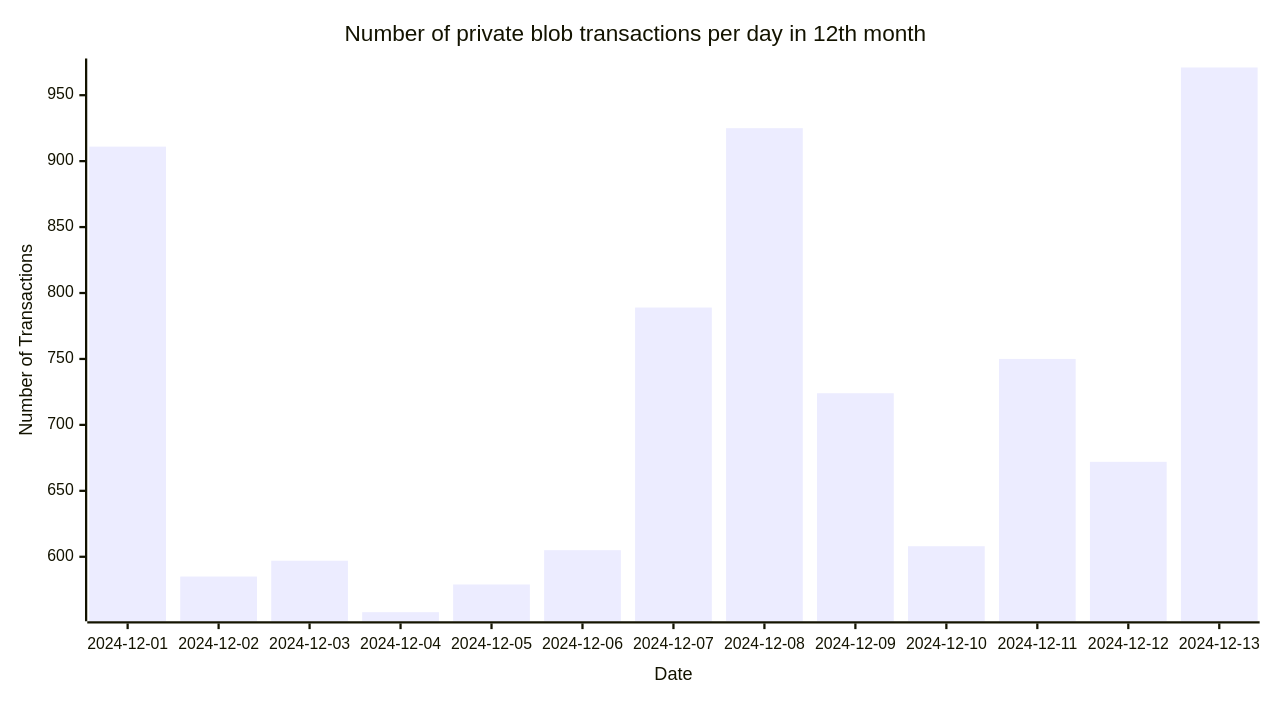
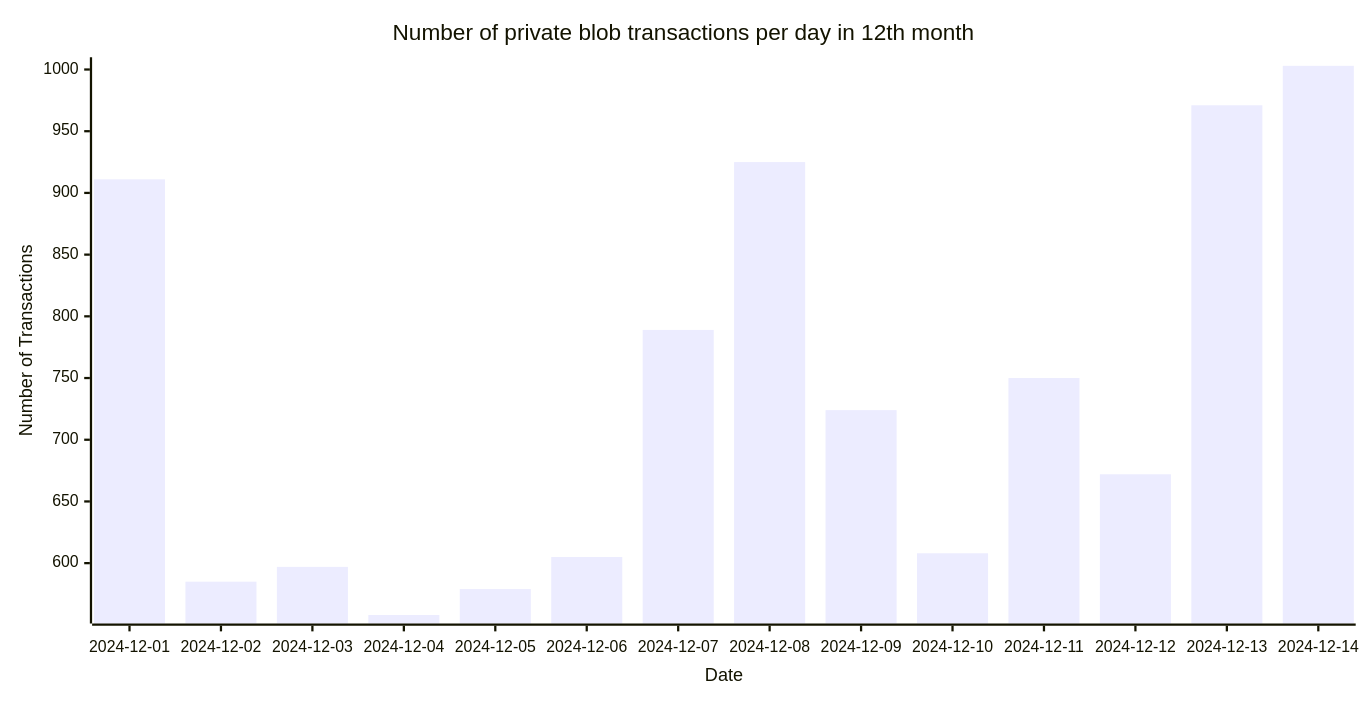
The diagram in README.md (Amit0617/eip4844-data), drawn with Mermaid before and after one commit. The commit also changed 1 other file, not shown here.

````diff
--- a/README.md
+++ b/README.md
@@ -1,12 +1,12 @@
 ```mermaid
 ---
 config:
     xyChart:
-        width: 1105
+        width: 1190
         height: 600
 ---
 xychart-beta title "Number of private blob transactions per day in 12th month"
-x-axis "Date" [2024-12-01,2024-12-02,2024-12-03,2024-12-04,2024-12-05,2024-12-06,2024-12-07,2024-12-08,2024-12-09,2024-12-10,2024-12-11,2024-12-12,2024-12-13]
+x-axis "Date" [2024-12-01,2024-12-02,2024-12-03,2024-12-04,2024-12-05,2024-12-06,2024-12-07,2024-12-08,2024-12-09,2024-12-10,2024-12-11,2024-12-12,2024-12-13,2024-12-14]
 y-axis "Number of Transactions"
-bar[911,585,597,558,579,605,789,925,724,608,750,672,971]
+bar[911,585,597,558,579,605,789,925,724,608,750,672,971,1003]
 ```
````
